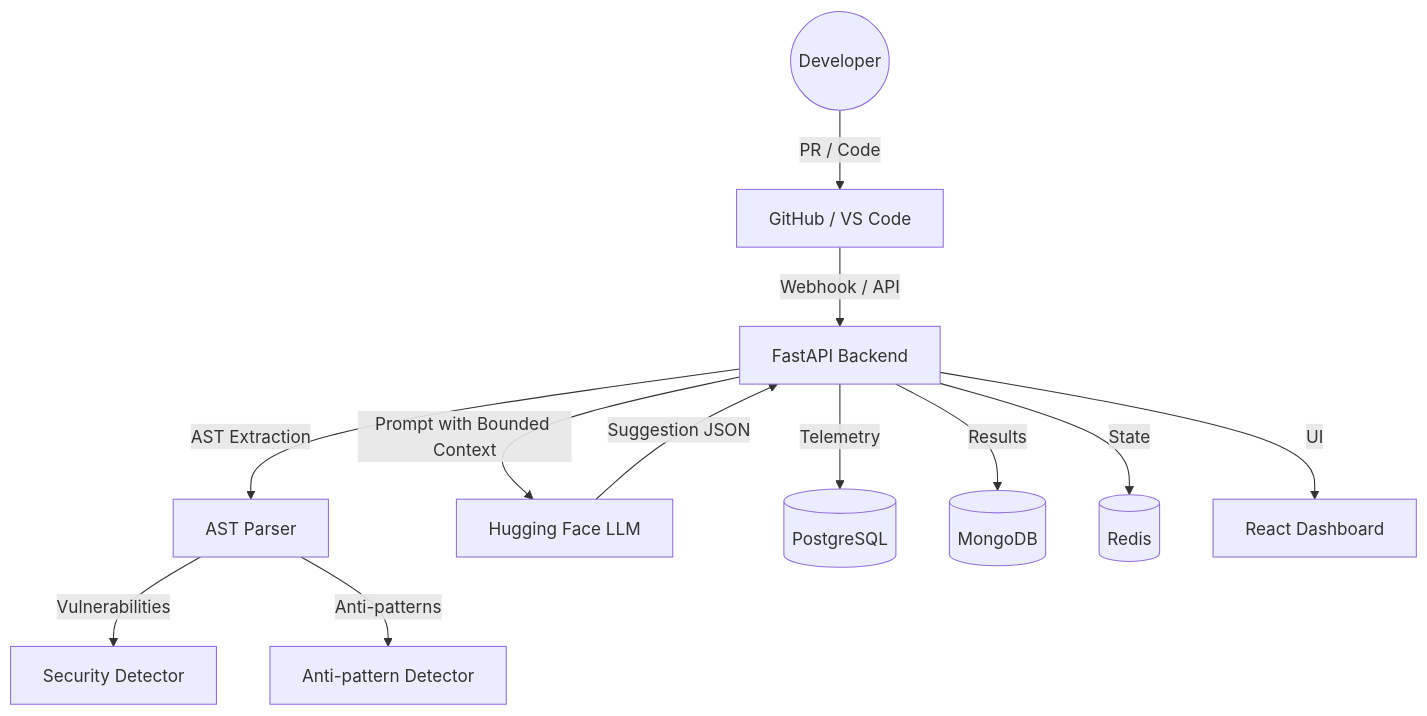
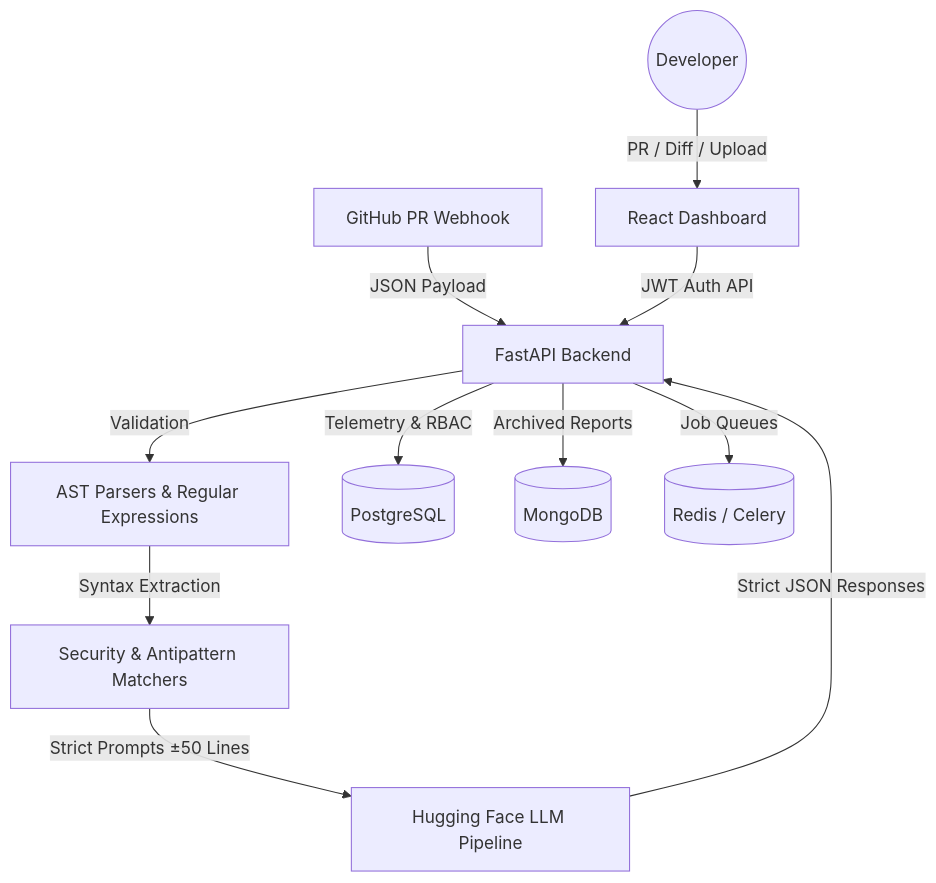
One commit to aminul01-g/IntelliReview changed the diagram in README.md. Above: the diagram before and after it, drawn with Mermaid. The commit also changed other lines of this file, not shown here.

````diff
--- a/README.md
+++ b/README.md
@@ -21,14 +50,16 @@
 ```mermaid
 graph TD
-    User((Developer)) -->|PR / Code| GH[GitHub / VS Code]
-    GH -->|Webhook / API| API[FastAPI Backend]
-    API -->|AST Extraction| AST[AST Parser]
-    AST -->|Vulnerabilities| SEC[Security Detector]
-    AST -->|Anti-patterns| APT[Anti-pattern Detector]
-    API -->|Prompt with Bounded Context| LLM[Hugging Face LLM]
-    LLM -->|Suggestion JSON| API
-    API -->|Telemetry| PG[(PostgreSQL)]
-    API -->|Results| MG[(MongoDB)]
-    API -->|State| RD[(Redis)]
-    API -->|UI| React[React Dashboard]
+    User((Developer)) -->|PR / Diff / Upload| UI[React Dashboard]
+    GH[GitHub PR Webhook] -->|JSON Payload| API
+    UI -->|JWT Auth API| API[FastAPI Backend]
+    
+    API -->|Validation| AST[AST Parsers & Regular Expressions]
+    AST -->|Syntax Extraction| SEC[Security & Antipattern Matchers]
+    
+    SEC -->|Strict Prompts ±50 Lines| LLM[Hugging Face LLM Pipeline]
+    LLM -->|Strict JSON Responses| API
+    
+    API -->|Telemetry & RBAC| PG[(PostgreSQL)]
+    API -->|Archived Reports| MG[(MongoDB)]
+    API -->|Job Queues| RD[(Redis / Celery)]
 ```
````
